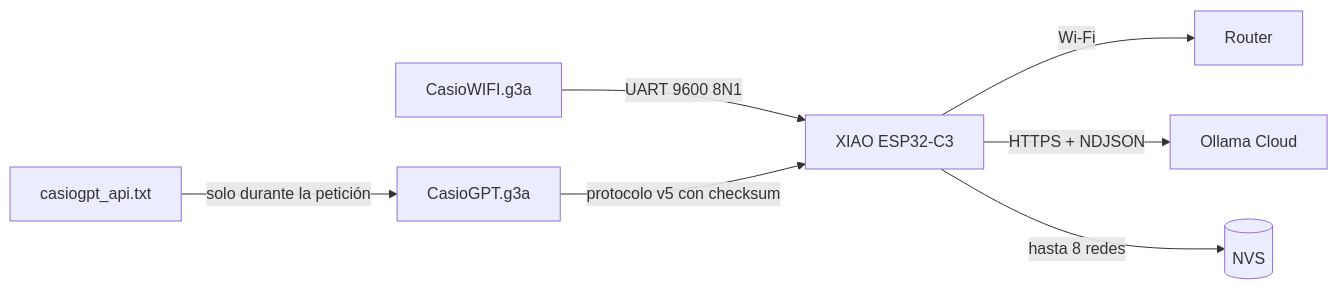
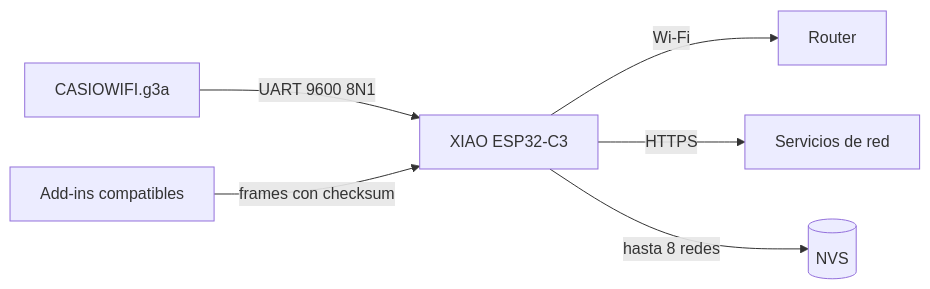
The diagram in README.md (samilososami/cg50-espmod), drawn with Mermaid before and after one commit. The commit also changed other lines of this file and 45 other files, not shown here.

Commit message:
Split CasioGPT into its own repository

````diff
--- a/README.md
+++ b/README.md
@@ -47,9 +54,8 @@
 ```mermaid
 flowchart LR
-    W[CasioWIFI.g3a] -->|UART 9600 8N1| B[XIAO ESP32-C3]
-    G[CasioGPT.g3a] -->|protocolo v5 con checksum| B
-    B -->|Wi-Fi| R[Router]
-    B -->|HTTPS + NDJSON| O[Ollama Cloud]
-    B -->|hasta 8 redes| N[(NVS)]
-    K[casiogpt_api.txt] -->|solo durante la petición| G
+    W[CASIOWIFI.g3a] -->|UART 9600 8N1| E[XIAO ESP32-C3]
+    A[Add-ins compatibles] -->|frames con checksum| E
+    E -->|Wi-Fi| R[Router]
+    E -->|HTTPS| S[Servicios de red]
+    E -->|hasta 8 redes| N[(NVS)]
 ```
````
